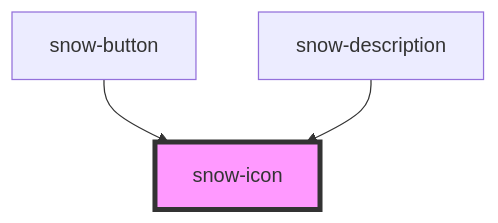
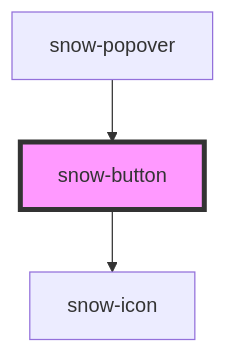
Before and after one commit to buikaKRU/visualReact: the diagram in README.md, drawn with Mermaid. The commit also changed other lines of this file, not shown here.

````diff
--- a/README.md
+++ b/README.md
@@ -24,6 +31,6 @@
 ```mermaid
 graph TD;
   snow-button --> snow-icon
-  snow-description --> snow-icon
-  style snow-icon fill:#f9f,stroke:#333,stroke-width:4px
+  snow-popover --> snow-button
+  style snow-button fill:#f9f,stroke:#333,stroke-width:4px
 ```
````
